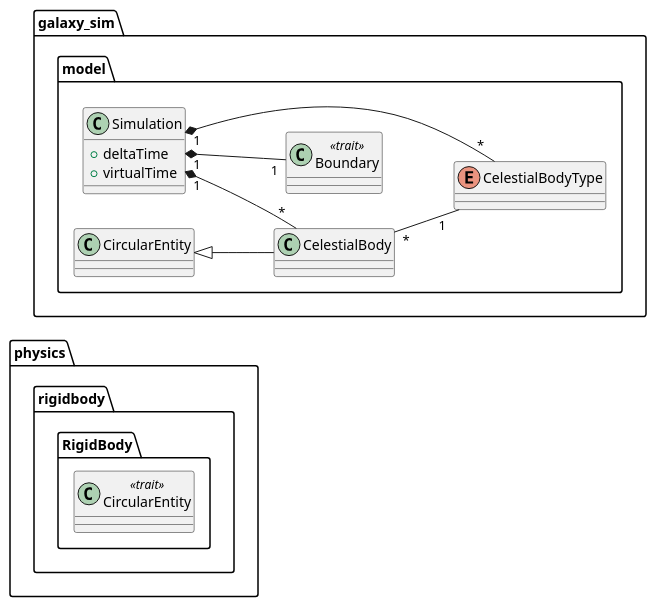
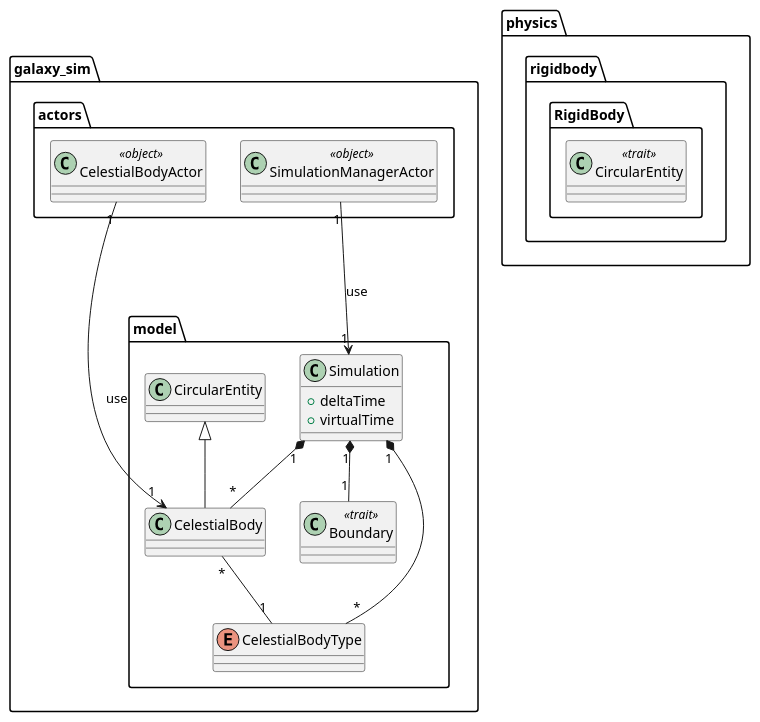
One commit to FilippoVissani/PPS-22-galaxy-sim changed the diagram in UML_diagrams/simulation_class_diagram.puml. Above: the diagram before and after it, drawn with PlantUML. The commit also changed 2 other files, not shown here.

Commit message:
Redefined simulation class diagram. Added paragraph in section "Interazioni tra attori"

```diff
--- a/UML_diagrams/simulation_class_diagram.puml
+++ b/UML_diagrams/simulation_class_diagram.puml
@@ -1,24 +1,30 @@
 @startuml
 
-left to right direction
+package galaxy_sim.actors{
+  class CelestialBodyActor << object >>
+  class SimulationManagerActor << object >>
+}
 
 package physics.rigidbody.RigidBody {
   class CircularEntity << trait >>
 }
 
 package galaxy_sim.model {
   class Simulation {
     + deltaTime
     + virtualTime
   }
   class CelestialBody extends CircularEntity
   class Boundary << trait >>
   enum CelestialBodyType
 }
 
 Simulation "1"*--"*" CelestialBody
 Simulation "1"*--"*" CelestialBodyType
 Simulation "1"*--"1" Boundary
 CelestialBody "*"--"1" CelestialBodyType
 
+CelestialBodyActor "1"-->"1" CelestialBody: use
+SimulationManagerActor "1"-->"1" Simulation: use
+
 @enduml
```
